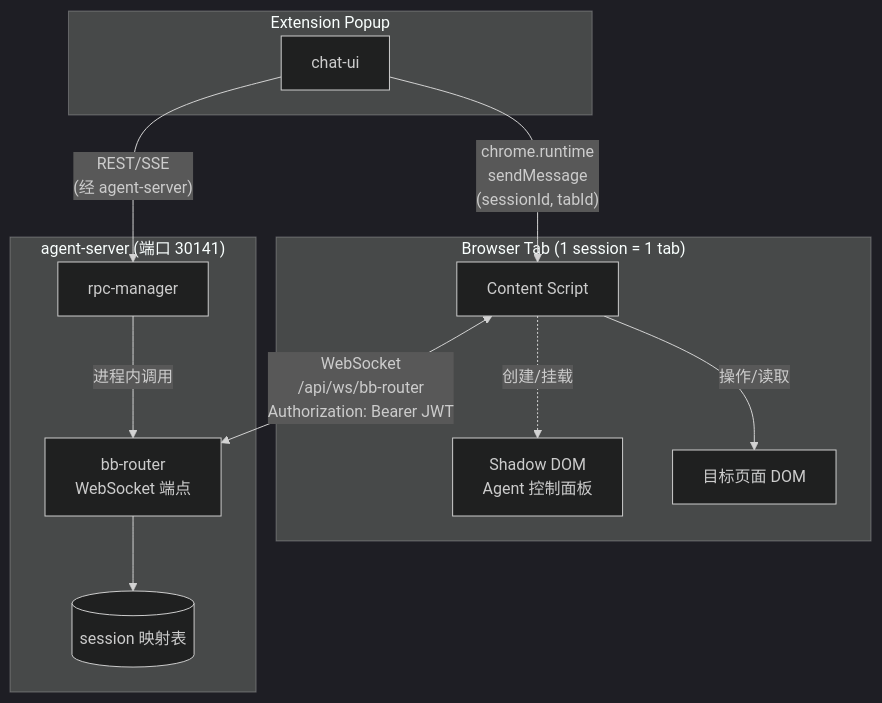
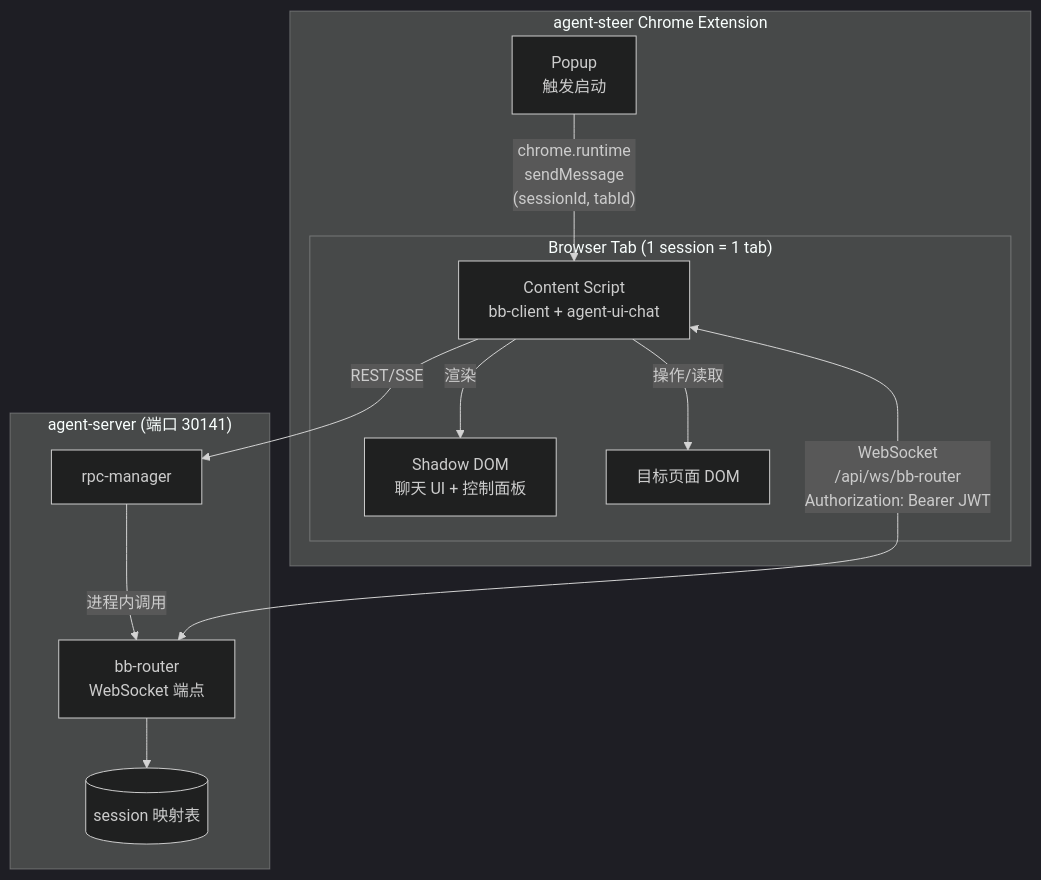
Before and after one commit to zhaoxin34/matrix: the first of 4 diagrams in neo/design/docs/technical/agent-steer/browser-bridge.md, drawn with Mermaid (dark theme). The commit also changed other lines of this file and 1 other file, not shown here.

Commit message:
docs(browser-bridge): remove obsolete bb-server references from docs

````diff
--- a/neo/design/docs/technical/agent-steer/browser-bridge.md
+++ b/neo/design/docs/technical/agent-steer/browser-bridge.md
@@ -50,26 +50,26 @@
 ```mermaid
 graph TB
-    subgraph Popup["Extension Popup"]
-        UI[chat-ui]
-    end
-
-    subgraph Tab["Browser Tab (1 session = 1 tab)"]
-        CS[Content Script]
-        SD[Shadow DOM<br/>Agent 控制面板]
-        Page[目标页面 DOM]
-        CS -.创建/挂载.-> SD
-        CS -->|操作/读取| Page
+    subgraph Extension["agent-steer Chrome Extension"]
+        Popup[Popup<br/>触发启动]
+        
+        subgraph Tab["Browser Tab (1 session = 1 tab)"]
+            CS[Content Script<br/>bb-client + agent-ui-chat]
+            SD[Shadow DOM<br/>聊天 UI + 控制面板]
+            Page[目标页面 DOM]
+            CS -->|渲染| SD
+            CS -->|操作/读取| Page
+        end
     end
 
     subgraph AgentServer["agent-server (端口 30141)"]
         RPC[rpc-manager]
         Router[bb-router<br/>WebSocket 端点]
         SMap[(session 映射表)]
         Router --> SMap
         RPC -->|进程内调用| Router
     end
 
-    UI -->|"chrome.runtime<br/>sendMessage<br/>(sessionId, tabId)"| CS
-    UI -->|"REST/SSE<br/>(经 agent-server)"| RPC
+    Popup -->|"chrome.runtime<br/>sendMessage<br/>(sessionId, tabId)"| CS
+    CS -->|"REST/SSE"| RPC
     CS <-->|"WebSocket<br/>/api/ws/bb-router<br/>Authorization: Bearer JWT"| Router
 ```
````
